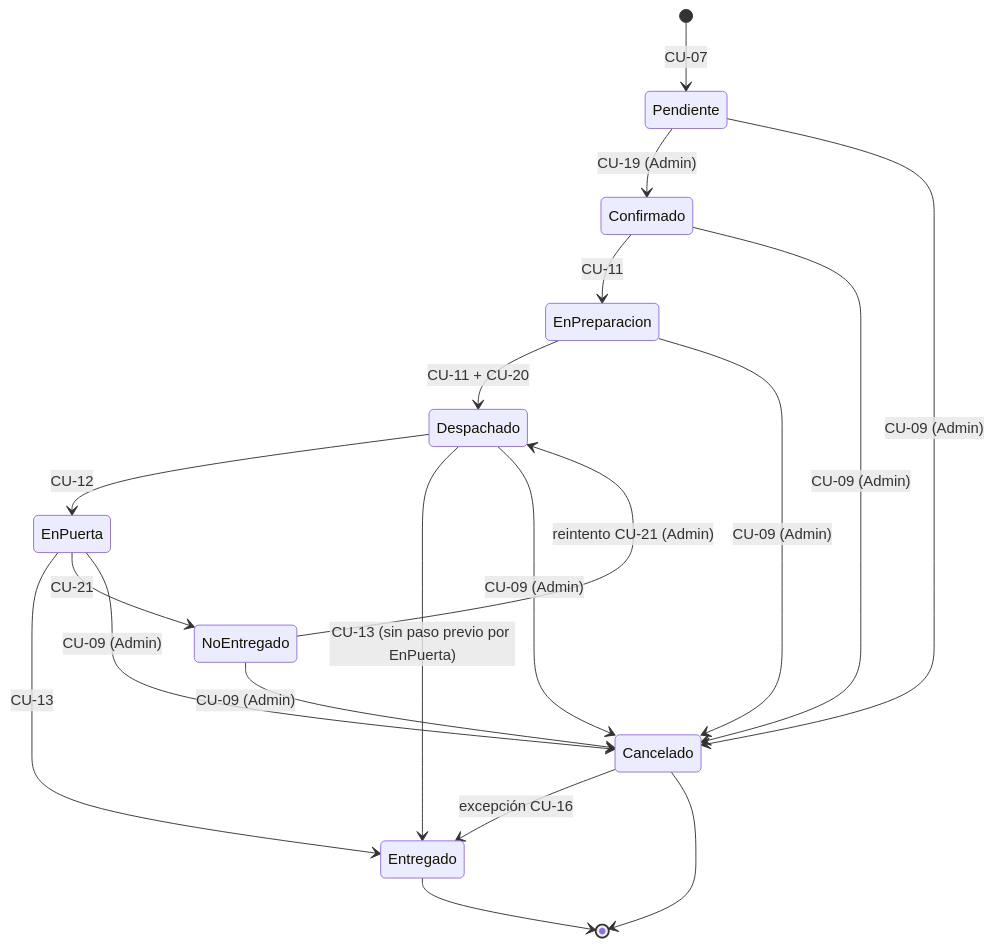
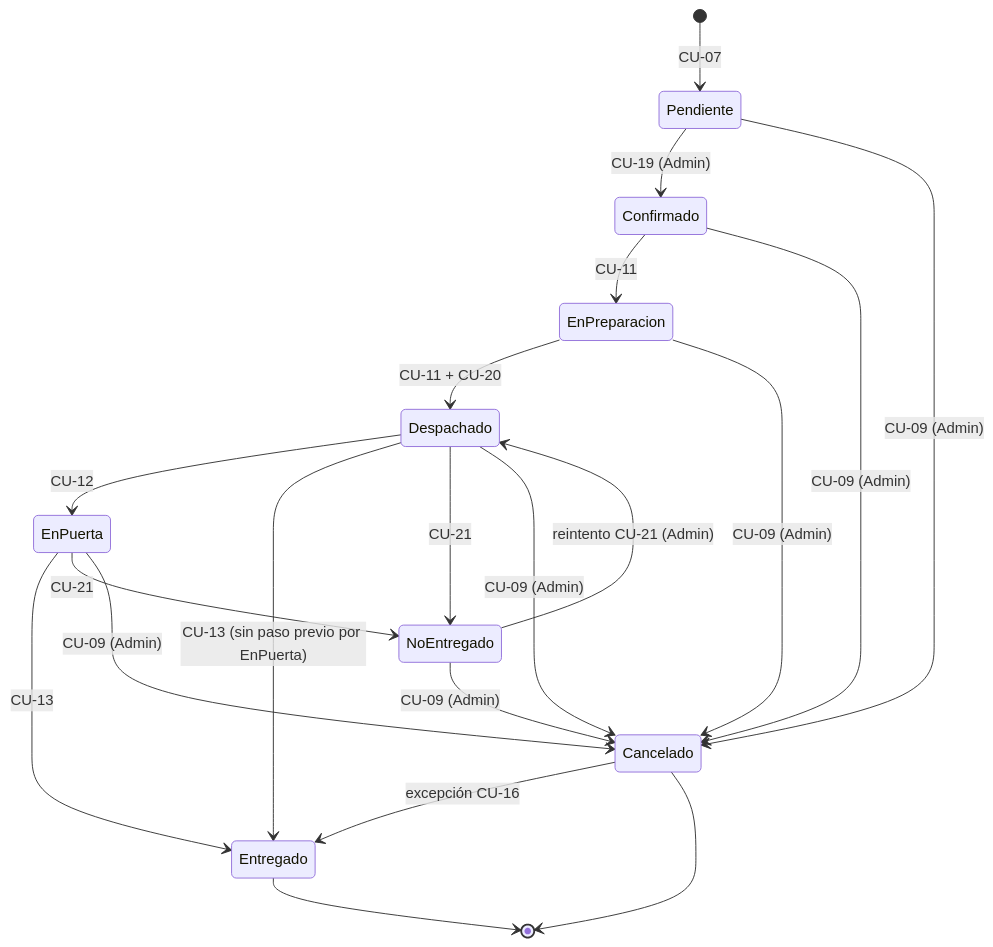
Before and after one commit to Vitoan/mercury-go: the diagram in CASOS_DE_USO.md, drawn with Mermaid. The commit also changed other lines of this file and 10 other files, not shown here.

````diff
--- a/CASOS_DE_USO.md
+++ b/CASOS_DE_USO.md
@@ -197,21 +196,22 @@
 ```mermaid
 stateDiagram-v2
     [*] --> Pendiente : CU-07
     Pendiente --> Confirmado : CU-19 (Admin)
     Pendiente --> Cancelado : CU-09 (Admin)
     Confirmado --> EnPreparacion : CU-11
     Confirmado --> Cancelado : CU-09 (Admin)
     EnPreparacion --> Despachado : CU-11 + CU-20
     EnPreparacion --> Cancelado : CU-09 (Admin)
     Despachado --> EnPuerta : CU-12
     Despachado --> Entregado : CU-13 (sin paso previo por EnPuerta)
+    Despachado --> NoEntregado : CU-21
     Despachado --> Cancelado : CU-09 (Admin)
     EnPuerta --> Entregado : CU-13
     EnPuerta --> NoEntregado : CU-21
     EnPuerta --> Cancelado : CU-09 (Admin)
     NoEntregado --> Despachado : reintento CU-21 (Admin)
     NoEntregado --> Cancelado : CU-09 (Admin)
     Cancelado --> Entregado : excepción CU-16
     Entregado --> [*]
     Cancelado --> [*]
 ```
````
